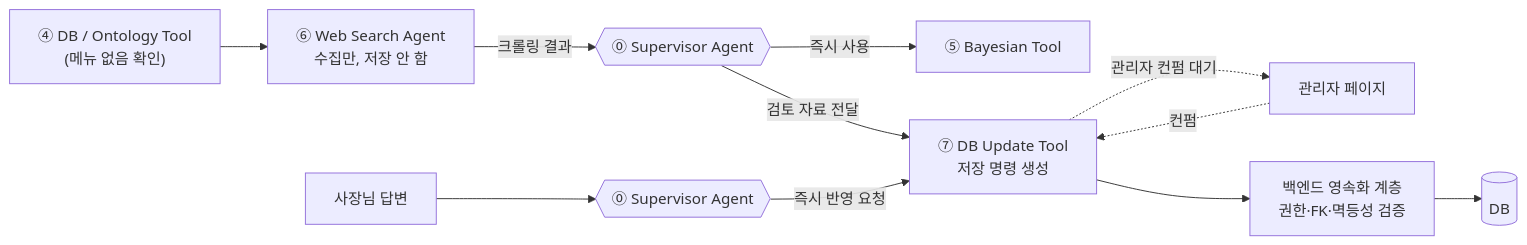
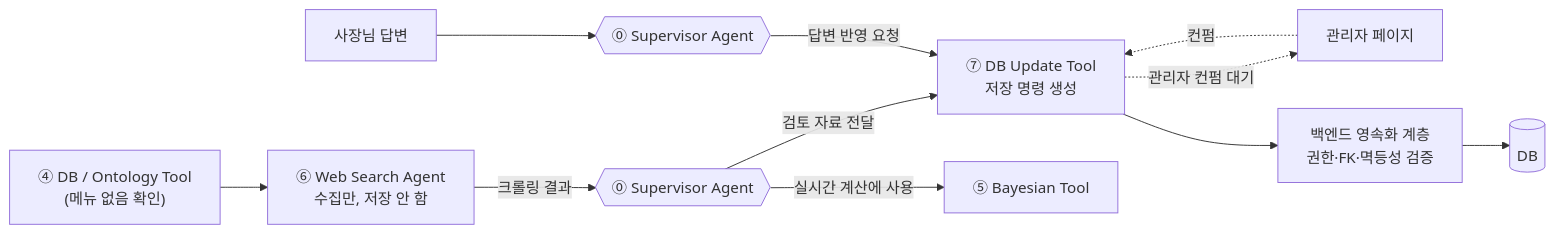
The first of 4 diagrams in docs/agent-7-dbupdate.md (Han-Spoon/ai), drawn with Mermaid before and after one commit. The commit also changed other lines of this file and 2 other files, not shown here.

````diff
--- a/docs/agent-7-dbupdate.md
+++ b/docs/agent-7-dbupdate.md
@@ -27,15 +66,15 @@
 ```mermaid
 graph LR
     ONTO["④ DB / Ontology Tool<br/>(메뉴 없음 확인)"] --> WEB["⑥ Web Search Agent<br/>수집만, 저장 안 함"]
     WEB -->|"크롤링 결과"| SUP1{{⓪ Supervisor Agent}}
-    SUP1 -->|"즉시 사용"| BAYES["⑤ Bayesian Tool"]
     SUP1 -->|"검토 자료 전달"| DBUP["⑦ DB Update Tool<br/>저장 명령 생성"]
+    SUP1 -->|"실시간 계산에 사용"| BAYES["⑤ Bayesian Tool"]
 
     OWNER["사장님 답변"] --> SUP2{{⓪ Supervisor Agent}}
-    SUP2 -->|"즉시 반영 요청"| DBUP
+    SUP2 -->|"답변 반영 요청"| DBUP
 
     DBUP -.관리자 컨펌 대기.-> ADMIN[관리자 페이지]
     ADMIN -.컨펌.-> DBUP
     DBUP --> API["백엔드 영속화 계층<br/>권한·FK·멱등성 검증"]
     API --> DB[(DB)]
 ```
````
